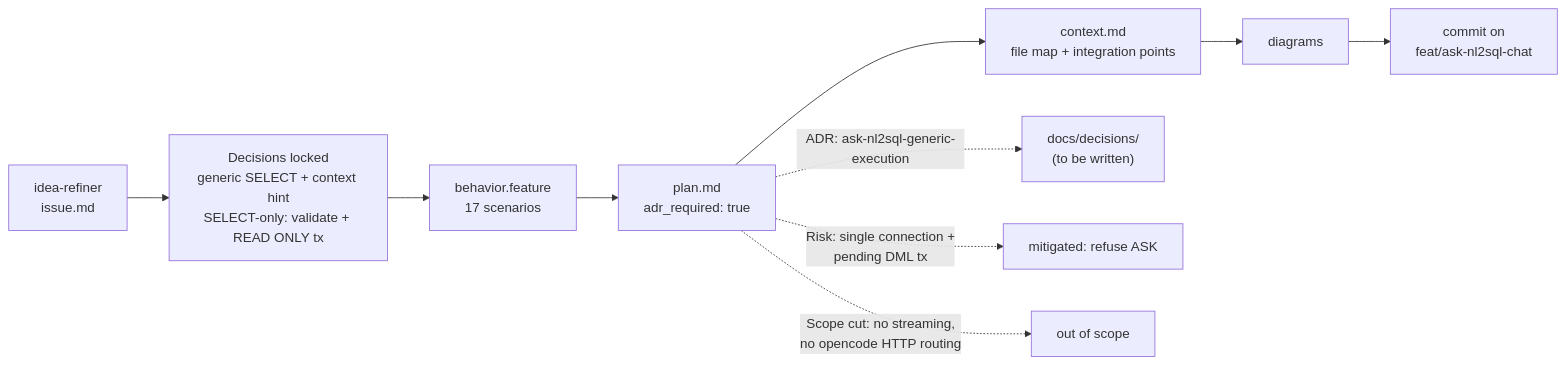
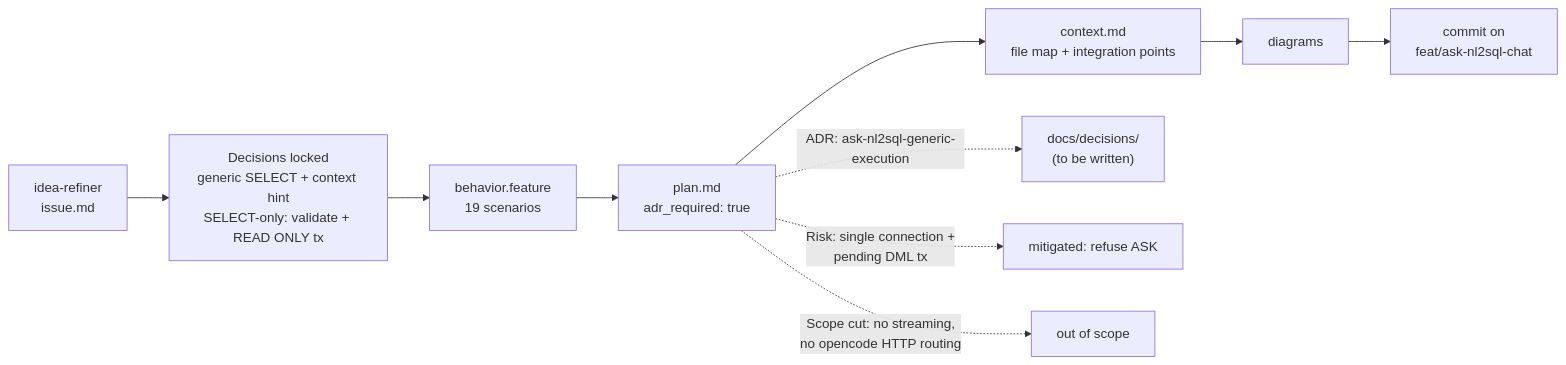
Before and after one commit to Sovengar/dbx: the diagram in docs/planning/0003-feature-ask-nl2sql-chat/diagrams/process-flow.md, drawn with Mermaid. The commit also changed 1 other file, not shown here.

Commit message:
test(ask): cover where-filter/editor guards and extra focus panes

````diff
--- a/docs/planning/0003-feature-ask-nl2sql-chat/diagrams/process-flow.md
+++ b/docs/planning/0003-feature-ask-nl2sql-chat/diagrams/process-flow.md
@@ -3,13 +3,13 @@
 ```mermaid
 flowchart LR
     I["idea-refiner<br/>issue.md"] --> D["Decisions locked<br/>generic SELECT + context hint<br/>SELECT-only: validate + READ ONLY tx"]
-    D --> B["behavior.feature<br/>17 scenarios"]
+    D --> B["behavior.feature<br/>19 scenarios"]
     B --> P["plan.md<br/>adr_required: true"]
     P --> C["context.md<br/>file map + integration points"]
     C --> G["diagrams"]
     G --> Z["commit on<br/>feat/ask-nl2sql-chat"]
 
     P -. "ADR: ask-nl2sql-generic-execution" .-> ADR["docs/decisions/<br/>(to be written)"]
     P -. "Risk: single connection +<br/>pending DML tx" .-> R["mitigated: refuse ASK"]
     P -. "Scope cut: no streaming,<br/>no opencode HTTP routing" .-> S["out of scope"]
 ```
````
